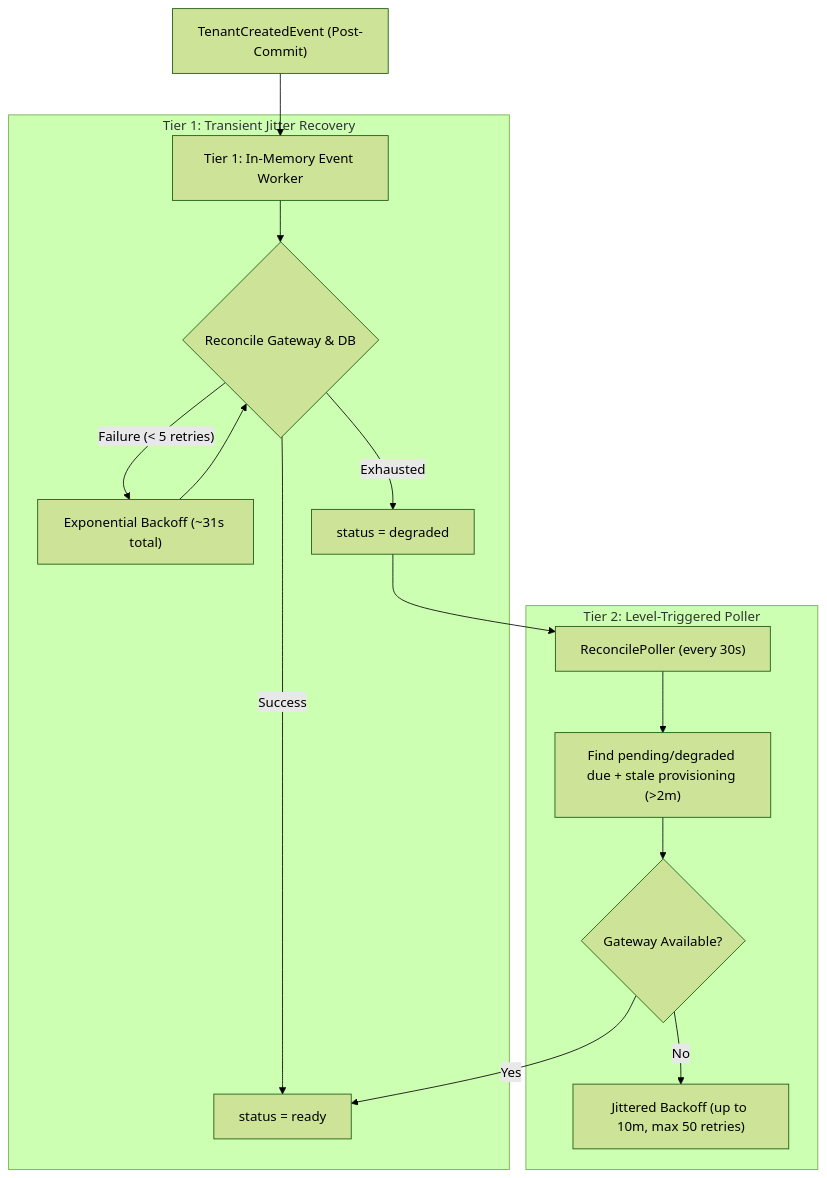
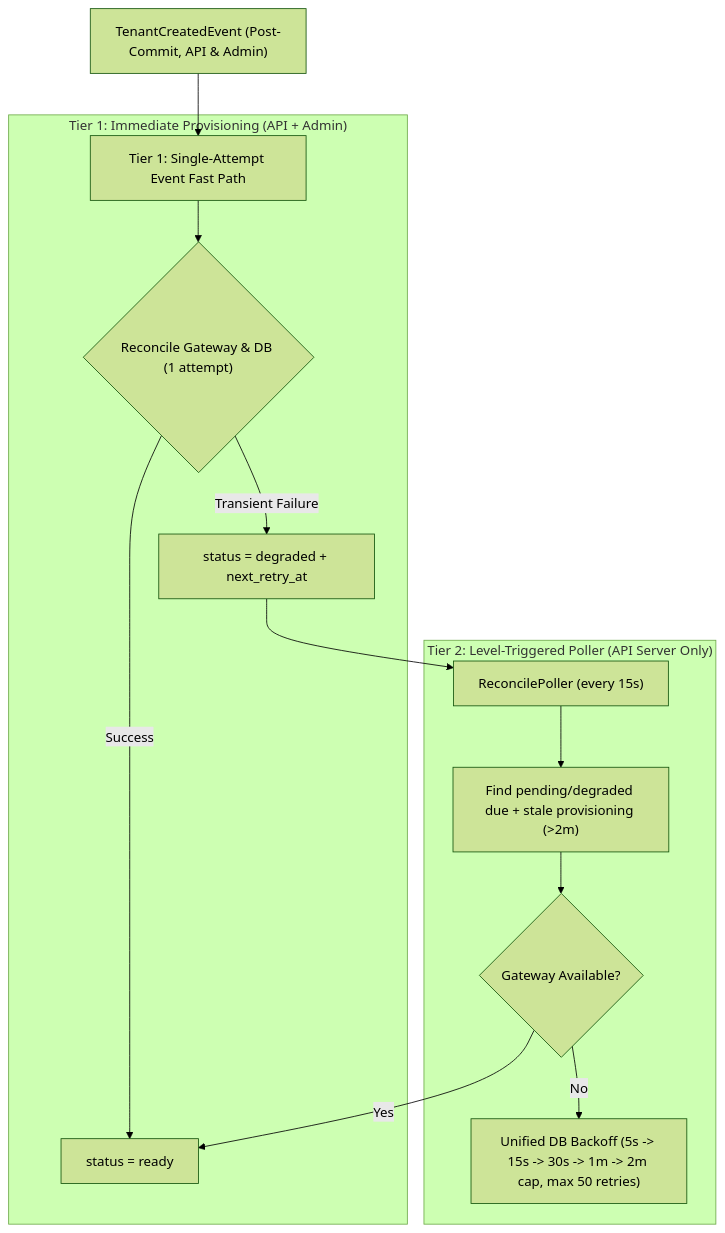
Before and after one commit to Sanderhoff-alt/oh-my-ragflow: the first of 3 diagrams in extensions/model-platform/implementation-plan.md, drawn with Mermaid (forest theme). The commit also changed other lines of this file and 13 other files, not shown here.

First line of the commit message:
feat(model-platform): add Admin Tier-1 listener and unify retry backoff (#72)

````diff
--- a/extensions/model-platform/implementation-plan.md
+++ b/extensions/model-platform/implementation-plan.md
@@ -179,17 +179,16 @@
 ```mermaid
 flowchart TD
-    CommitEvent["TenantCreatedEvent (Post-Commit)"] --> Tier1Queue["Tier 1: In-Memory Event Worker"]
-    subgraph Tier1 ["Tier 1: Transient Jitter Recovery"]
-        Tier1Queue --> TryReconcile{"Reconcile Gateway & DB"}
+    CommitEvent["TenantCreatedEvent (Post-Commit, API & Admin)"] --> Tier1Queue["Tier 1: Single-Attempt Event Fast Path"]
+    subgraph Tier1 ["Tier 1: Immediate Provisioning (API + Admin)"]
+        Tier1Queue --> TryReconcile{"Reconcile Gateway & DB (1 attempt)"}
         TryReconcile -->|"Success"| SetReady["status = ready"]
-        TryReconcile -->|"Failure (< 5 retries)"| Backoff1["Exponential Backoff (~31s total)"] --> TryReconcile
-        TryReconcile -->|"Exhausted"| SetDegraded["status = degraded"]
+        TryReconcile -->|"Transient Failure"| SetDegraded["status = degraded + next_retry_at"]
     end
-    subgraph Tier2 ["Tier 2: Level-Triggered Poller"]
-        Poller["ReconcilePoller (every 30s)"] --> FindDue["Find pending/degraded due + stale provisioning (>2m)"]
+    subgraph Tier2 ["Tier 2: Level-Triggered Poller (API Server Only)"]
+        Poller["ReconcilePoller (every 15s)"] --> FindDue["Find pending/degraded due + stale provisioning (>2m)"]
         FindDue --> TryHeal{"Gateway Available?"}
         TryHeal -->|"Yes"| SetReady
-        TryHeal -->|"No"| Backoff2["Jittered Backoff (up to 10m, max 50 retries)"]
+        TryHeal -->|"No"| Backoff2["Unified DB Backoff (5s -> 15s -> 30s -> 1m -> 2m cap, max 50 retries)"]
     end
     SetDegraded --> Poller
 ```
````
